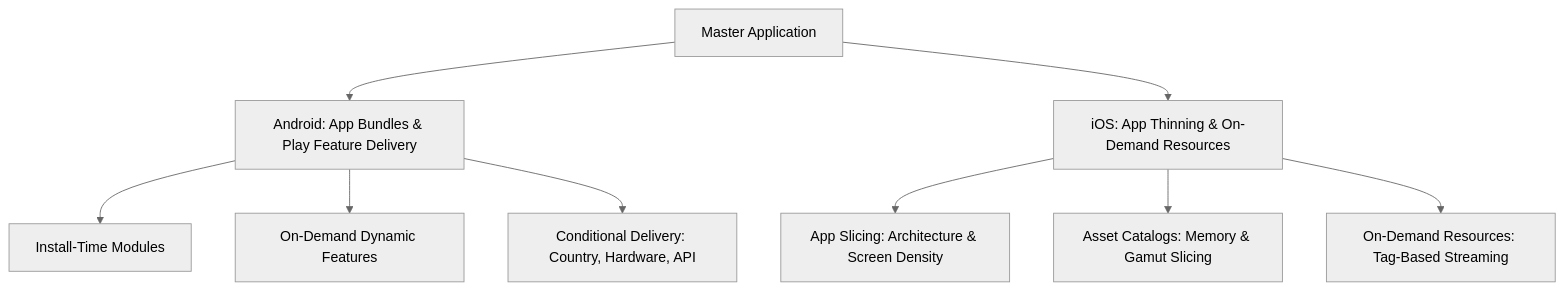
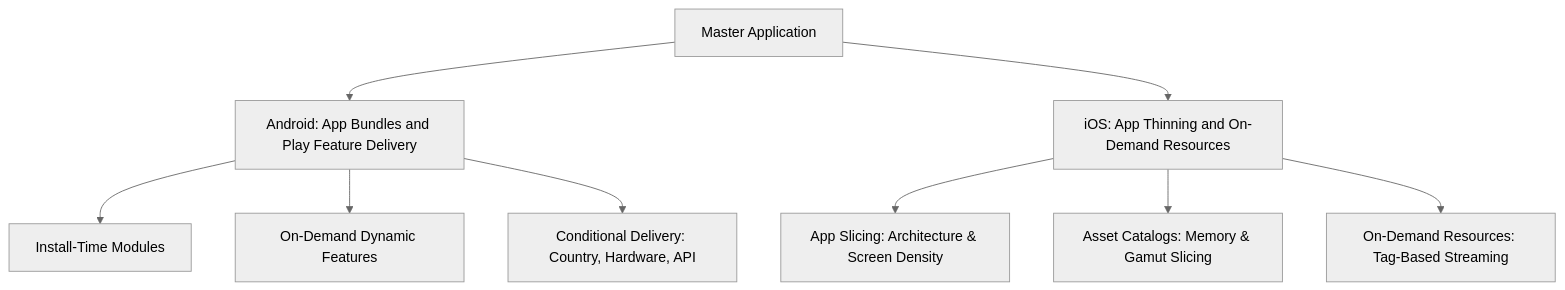
Before and after one commit to vennamprasad/awesome-mobile-interviews: the first of 2 diagrams in engineering/growth-and-internals/02_Dynamic_Feature_Delivery_and_App_Thinning.md, drawn with Mermaid (neutral theme). The commit also changed other lines of this file and 7 other files, not shown here.

Commit message:
fix(growth-and-internals): resolve Mermaid diagram syntax and quoting for GitHub rich display

````diff
--- a/engineering/growth-and-internals/02_Dynamic_Feature_Delivery_and_App_Thinning.md
+++ b/engineering/growth-and-internals/02_Dynamic_Feature_Delivery_and_App_Thinning.md
@@ -14,13 +14,13 @@
 ```mermaid
 graph TD
-    AppBinary[Master Application] --> AndroidPath[Android: App Bundles & Play Feature Delivery]
-    AppBinary --> iOSPath[iOS: App Thinning & On-Demand Resources]
+    AppBinary["Master Application"] --> AndroidPath["Android: App Bundles and Play Feature Delivery"]
+    AppBinary --> iOSPath["iOS: App Thinning and On-Demand Resources"]
 
-    AndroidPath --> A1[Install-Time Modules]
-    AndroidPath --> A2[On-Demand Dynamic Features]
-    AndroidPath --> A3[Conditional Delivery: Country, Hardware, API]
+    AndroidPath --> A1["Install-Time Modules"]
+    AndroidPath --> A2["On-Demand Dynamic Features"]
+    AndroidPath --> A3["Conditional Delivery: Country, Hardware, API"]
 
-    iOSPath --> I1[App Slicing: Architecture & Screen Density]
-    iOSPath --> I2[Asset Catalogs: Memory & Gamut Slicing]
-    iOSPath --> I3[On-Demand Resources: Tag-Based Streaming]
+    iOSPath --> I1["App Slicing: Architecture & Screen Density"]
+    iOSPath --> I2["Asset Catalogs: Memory & Gamut Slicing"]
+    iOSPath --> I3["On-Demand Resources: Tag-Based Streaming"]
 ```
````
